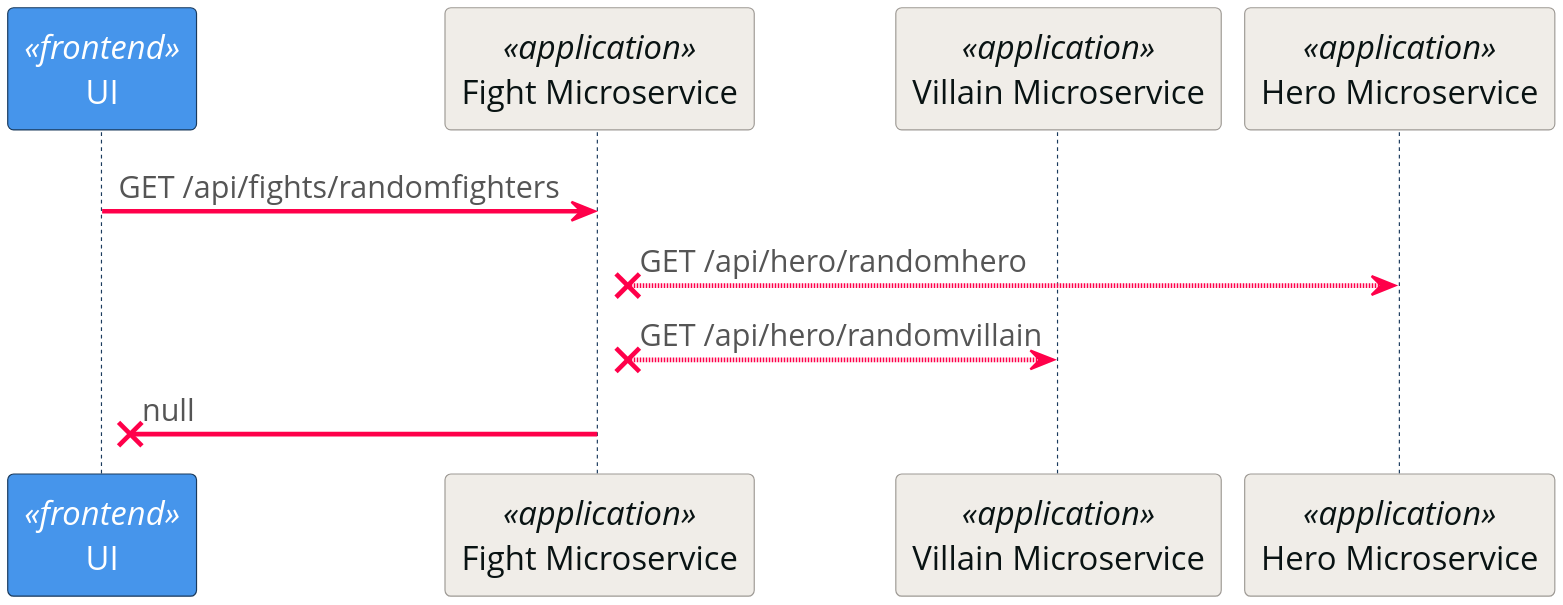
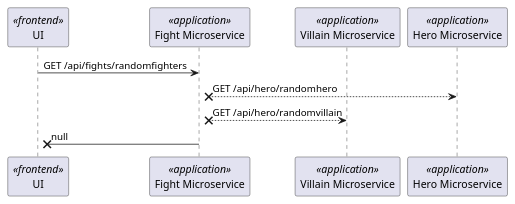
One commit to quarkusio/quarkus-workshops changed the diagram in quarkus-workshop-super-heroes/docs/content/plantuml/4-microservices-fights-sequence.puml. Above: the diagram before and after it, drawn with PlantUML. The commit also changed 15 other files, not shown here.

```diff
--- a/quarkus-workshop-super-heroes/docs/content/plantuml/4-microservices-fights-sequence.puml
+++ b/quarkus-workshop-super-heroes/docs/content/plantuml/4-microservices-fights-sequence.puml
@@ -1,39 +1,11 @@
 @startuml
-skinparam dpi 300
-skinparam defaultFontName "Open Sans"
-skinparam defaultFontColor #091313
-
-skinparam participant {
-    backgroundColor<<frontend>> #4695EB
-    fontColor<<frontend>> #FFFFFF
-    borderColor<<frontend>> #1A3A5C
-    backgroundColor<<application>> #F0EDE8
-    fontColor<<application>> #091313
-    borderColor<<application>> #9E9A95
-}
-
-skinparam arrow {
-    fontName "Open Sans"
-    color #FF004A
-    fontColor #555555
-    thickness 2
-    fontSize 13
-}
-
-skinparam sequence {
-    lifeLineBorderColor #1A3A5C
-    lifeLineBackgroundColor #EBF3FD
-    activationBackgroundColor #D6E6FA
-    activationBorderColor #1A3A5C
-}
-
 participant UI as UI <<frontend>>
 participant "Fight Microservice" as Fight <<application>>
 participant "Villain Microservice" as Villain <<application>>
 participant "Hero Microservice" as Hero <<application>>
 
 UI -> Fight: GET /api/fights/randomfighters
 Fight x--> Hero: GET /api/hero/randomhero
 Fight x--> Villain: GET /api/hero/randomvillain
 Fight ->x UI : null
 @enduml
```
